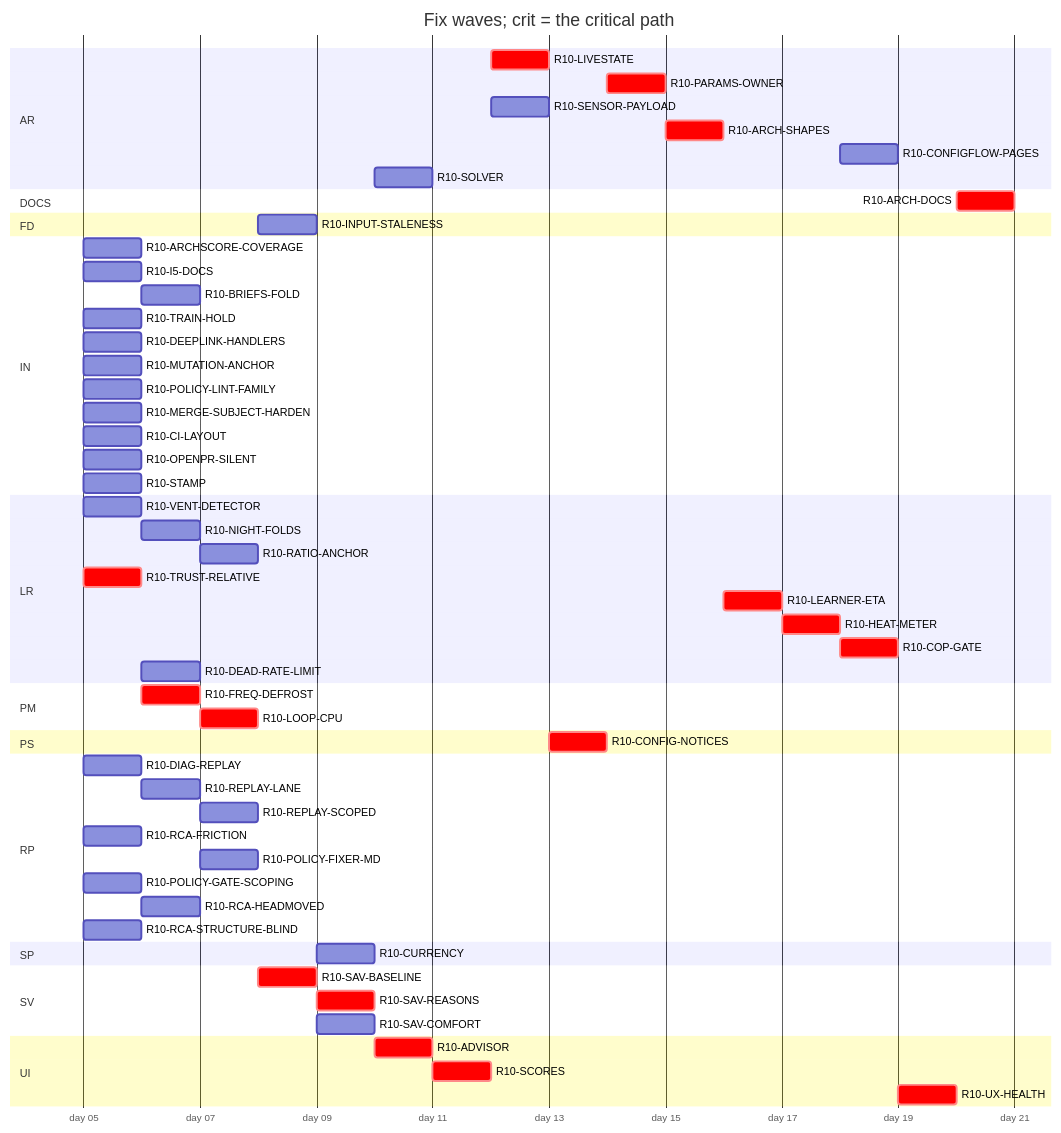
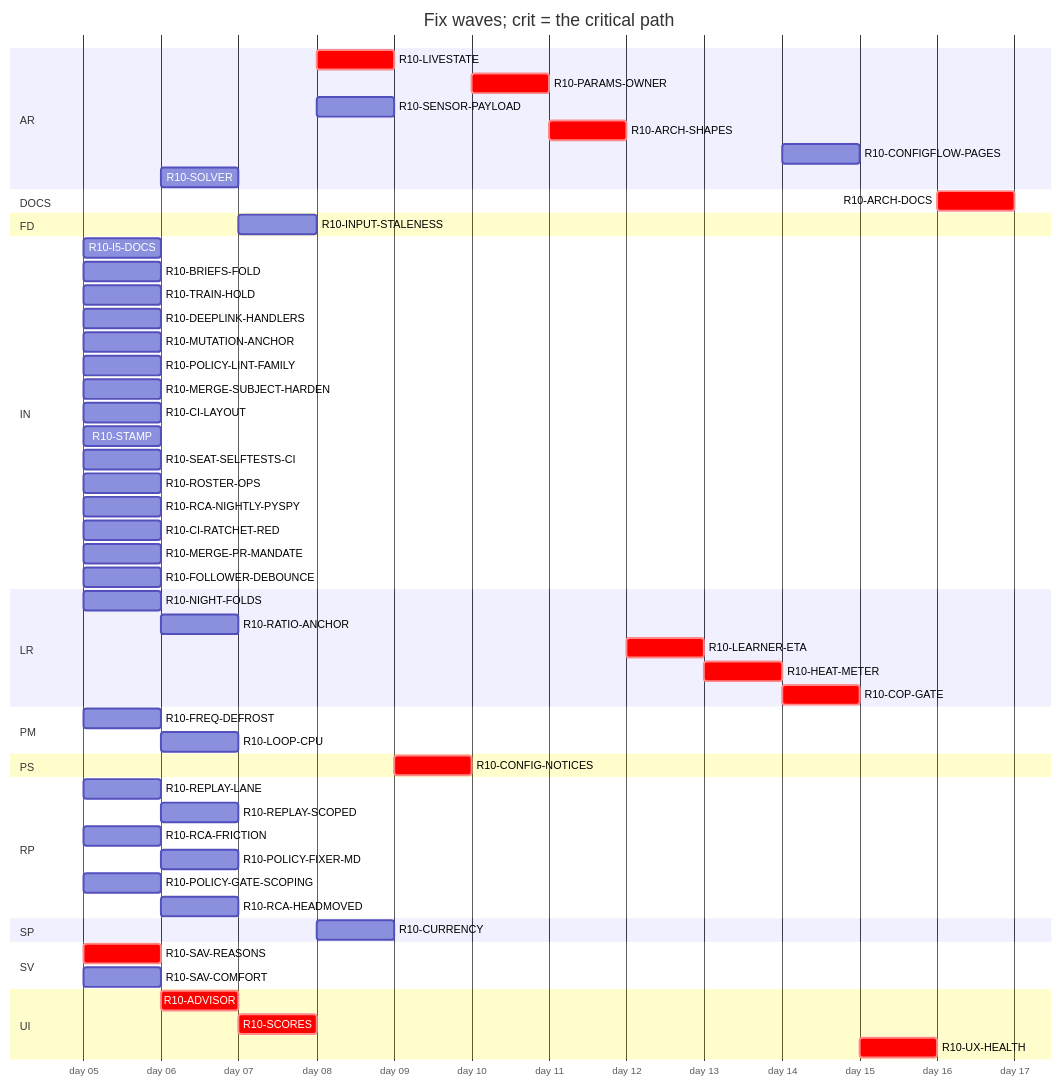
The diagram in handoff/round10/state/PLAN-TABLE.md (tvofi/heatpump_optimizer), drawn with Mermaid before and after one commit. The commit also changed other lines of this file and 2 other files, not shown here.

````diff
--- a/handoff/round10/state/PLAN-TABLE.md
+++ b/handoff/round10/state/PLAN-TABLE.md
@@ -24,62 +24,60 @@
 ```mermaid
 gantt
   title Fix waves; crit = the critical path
   dateFormat YYYY-MM-DD
   axisFormat day %d
   section AR
     R10-LIVESTATE :crit, r10LIVESTATE, after r10SCORES, 1d
-    R10-PARAMS-OWNER :crit, r10PARAMSOWNER, after r10CONFIGNOTICES r10ARCHSCORECOVERAGE, 1d
+    R10-PARAMS-OWNER :crit, r10PARAMSOWNER, after r10CONFIGNOTICES, 1d
     R10-SENSOR-PAYLOAD :r10SENSORPAYLOAD, after r10SCORES, 1d
     R10-ARCH-SHAPES :crit, r10ARCHSHAPES, after r10PARAMSOWNER r10SENSORPAYLOAD r10FREQDEFROST, 1d
     R10-CONFIGFLOW-PAGES :r10CONFIGFLOWPAGES, after r10HEATMETER, 1d
     R10-SOLVER :r10SOLVER, after r10SAVREASONS, 1d
   section DOCS
-    R10-ARCH-DOCS :crit, r10ARCHDOCS, after r10VENTDETECTOR r10NIGHTFOLDS r10RATIOANCHOR r10INPUTSTALENESS r10CURRENCY r10TRUSTRELATIVE r10FREQDEFROST r10LOOPCPU r10SAVBASELINE r10SAVREASONS r10ADVISOR r10SCORES r10LIVESTATE r10CONFIGNOTICES r10ARCHSCORECOVERAGE r10PARAMSOWNER r10SENSORPAYLOAD r10ARCHSHAPES r10LEARNERETA r10HEATMETER r10COPGATE r10UXHEALTH r10CONFIGFLOWPAGES r10SOLVER r10I5DOCS r10BRIEFSFOLD r10DIAGREPLAY r10REPLAYLANE r10REPLAYSCOPED r10TRAINHOLD r10DEEPLINKHANDLERS, 1d
+    R10-ARCH-DOCS :crit, r10ARCHDOCS, after r10NIGHTFOLDS r10RATIOANCHOR r10INPUTSTALENESS r10CURRENCY r10FREQDEFROST r10LOOPCPU r10SAVREASONS r10ADVISOR r10SCORES r10LIVESTATE r10CONFIGNOTICES r10PARAMSOWNER r10SENSORPAYLOAD r10ARCHSHAPES r10LEARNERETA r10HEATMETER r10COPGATE r10UXHEALTH r10CONFIGFLOWPAGES r10SOLVER r10I5DOCS r10BRIEFSFOLD r10REPLAYLANE r10REPLAYSCOPED r10TRAINHOLD r10DEEPLINKHANDLERS, 1d
   section FD
     R10-INPUT-STALENESS :r10INPUTSTALENESS, after r10RATIOANCHOR, 1d
   section IN
-    R10-ARCHSCORE-COVERAGE :r10ARCHSCORECOVERAGE, 2026-01-05, 1d
     R10-I5-DOCS :r10I5DOCS, 2026-01-05, 1d
-    R10-BRIEFS-FOLD :r10BRIEFSFOLD, after r10ARCHSCORECOVERAGE, 1d
+    R10-BRIEFS-FOLD :r10BRIEFSFOLD, 2026-01-05, 1d
     R10-TRAIN-HOLD :r10TRAINHOLD, 2026-01-05, 1d
     R10-DEEPLINK-HANDLERS :r10DEEPLINKHANDLERS, 2026-01-05, 1d
     R10-MUTATION-ANCHOR :r10MUTATIONANCHOR, 2026-01-05, 1d
     R10-POLICY-LINT-FAMILY :r10POLICYLINTFAMILY, 2026-01-05, 1d
     R10-MERGE-SUBJECT-HARDEN :r10MERGESUBJECTHARDEN, 2026-01-05, 1d
     R10-CI-LAYOUT :r10CILAYOUT, 2026-01-05, 1d
-    R10-OPENPR-SILENT :r10OPENPRSILENT, 2026-01-05, 1d
     R10-STAMP :r10STAMP, 2026-01-05, 1d
+    R10-SEAT-SELFTESTS-CI :r10SEATSELFTESTSCI, 2026-01-05, 1d
+    R10-ROSTER-OPS :r10ROSTEROPS, 2026-01-05, 1d
+    R10-RCA-NIGHTLY-PYSPY :r10RCANIGHTLYPYSPY, 2026-01-05, 1d
+    R10-CI-RATCHET-RED :r10CIRATCHETRED, 2026-01-05, 1d
+    R10-MERGE-PR-MANDATE :r10MERGEPRMANDATE, 2026-01-05, 1d
+    R10-FOLLOWER-DEBOUNCE :r10FOLLOWERDEBOUNCE, 2026-01-05, 1d
   section LR
-    R10-VENT-DETECTOR :r10VENTDETECTOR, 2026-01-05, 1d
-    R10-NIGHT-FOLDS :r10NIGHTFOLDS, after r10VENTDETECTOR, 1d
+    R10-NIGHT-FOLDS :r10NIGHTFOLDS, 2026-01-05, 1d
     R10-RATIO-ANCHOR :r10RATIOANCHOR, after r10NIGHTFOLDS, 1d
-    R10-TRUST-RELATIVE :crit, r10TRUSTRELATIVE, 2026-01-05, 1d
     R10-LEARNER-ETA :crit, r10LEARNERETA, after r10ARCHSHAPES, 1d
     R10-HEAT-METER :crit, r10HEATMETER, after r10LEARNERETA r10INPUTSTALENESS r10RATIOANCHOR, 1d
     R10-COP-GATE :crit, r10COPGATE, after r10HEATMETER r10SENSORPAYLOAD, 1d
-    R10-DEAD-RATE-LIMIT :r10DEADRATELIMIT, after r10TRUSTRELATIVE, 1d
   section PM
-    R10-FREQ-DEFROST :crit, r10FREQDEFROST, after r10TRUSTRELATIVE, 1d
-    R10-LOOP-CPU :crit, r10LOOPCPU, after r10FREQDEFROST, 1d
+    R10-FREQ-DEFROST :r10FREQDEFROST, 2026-01-05, 1d
+    R10-LOOP-CPU :r10LOOPCPU, after r10FREQDEFROST, 1d
   section PS
     R10-CONFIG-NOTICES :crit, r10CONFIGNOTICES, after r10LIVESTATE, 1d
   section RP
-    R10-DIAG-REPLAY :r10DIAGREPLAY, 2026-01-05, 1d
-    R10-REPLAY-LANE :r10REPLAYLANE, after r10DIAGREPLAY, 1d
+    R10-REPLAY-LANE :r10REPLAYLANE, 2026-01-05, 1d
     R10-REPLAY-SCOPED :r10REPLAYSCOPED, after r10REPLAYLANE r10TRAINHOLD, 1d
     R10-RCA-FRICTION :r10RCAFRICTION, 2026-01-05, 1d
     R10-POLICY-FIXER-MD :r10POLICYFIXERMD, after r10RCAFRICTION r10BRIEFSFOLD, 1d
     R10-POLICY-GATE-SCOPING :r10POLICYGATESCOPING, 2026-01-05, 1d
     R10-RCA-HEADMOVED :r10RCAHEADMOVED, after r10RCAFRICTION, 1d
-    R10-RCA-STRUCTURE-BLIND :r10RCASTRUCTUREBLIND, 2026-01-05, 1d
   section SP
     R10-CURRENCY :r10CURRENCY, after r10INPUTSTALENESS, 1d
   section SV
-    R10-SAV-BASELINE :crit, r10SAVBASELINE, after r10LOOPCPU, 1d
-    R10-SAV-REASONS :crit, r10SAVREASONS, after r10SAVBASELINE, 1d
-    R10-SAV-COMFORT :r10SAVCOMFORT, after r10SAVBASELINE, 1d
+    R10-SAV-REASONS :crit, r10SAVREASONS, 2026-01-05, 1d
+    R10-SAV-COMFORT :r10SAVCOMFORT, 2026-01-05, 1d
   section UI
     R10-ADVISOR :crit, r10ADVISOR, after r10SAVREASONS, 1d
     R10-SCORES :crit, r10SCORES, after r10ADVISOR, 1d
     R10-UX-HEALTH :crit, r10UXHEALTH, after r10SCORES r10COPGATE r10HEATMETER, 1d
 ```
````
